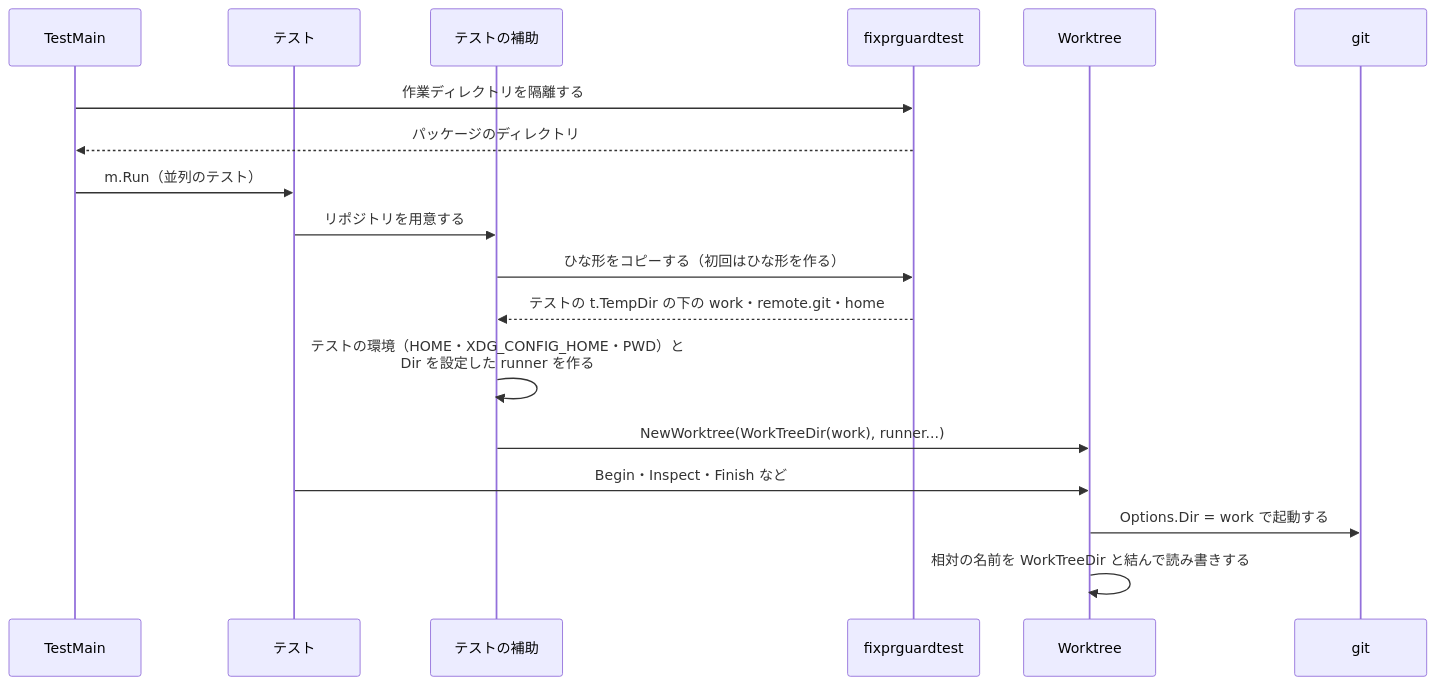
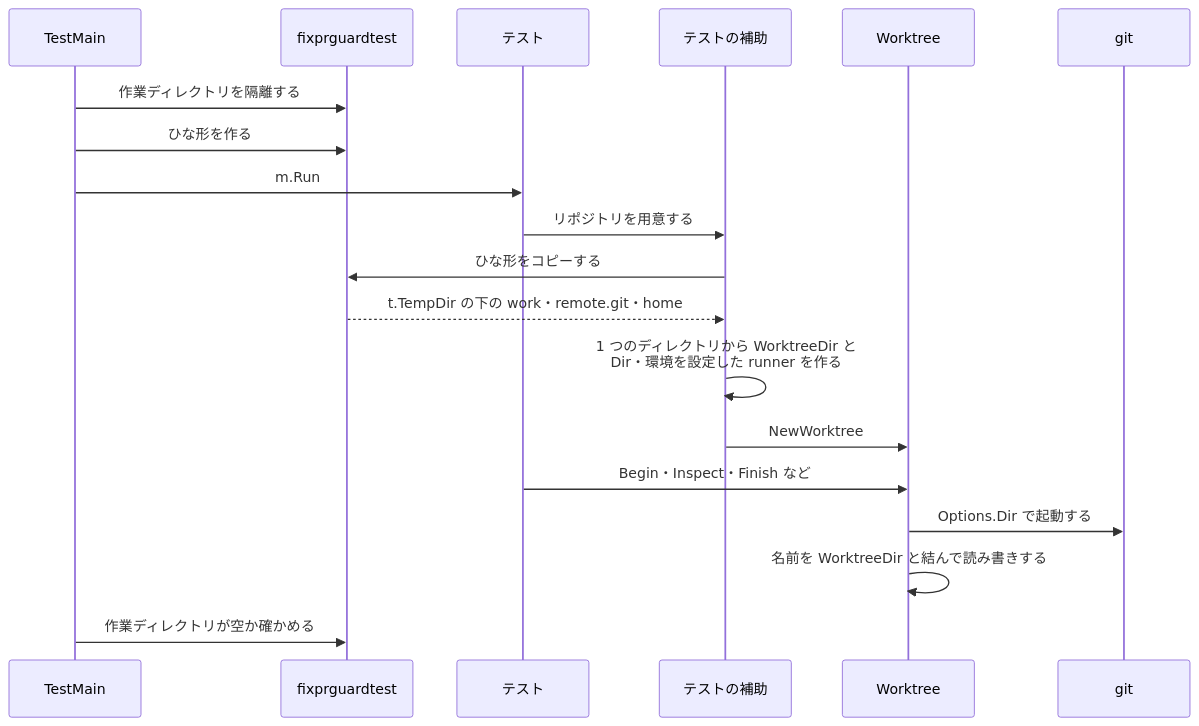
The third of 5 diagrams in docs/tasks/0126_fixprguard_test_speedup/02_architecture.md (isseis/yt2column), drawn with Mermaid before and after one commit. The commit also changed other lines of this file, not shown here.

First line of the commit message:
docs(0126): address the architecture review and polish the Japanese prose

````diff
--- a/docs/tasks/0126_fixprguard_test_speedup/02_architecture.md
+++ b/docs/tasks/0126_fixprguard_test_speedup/02_architecture.md
@@ -147,21 +154,22 @@
 ```mermaid
 sequenceDiagram
     participant TM as TestMain
+    participant FT as fixprguardtest
     participant T as テスト
     participant H as テストの補助
-    participant FT as fixprguardtest
     participant W as Worktree
     participant G as git
 
     TM->>FT: 作業ディレクトリを隔離する
-    FT-->>TM: パッケージのディレクトリ
-    TM->>T: m.Run（並列のテスト）
+    TM->>FT: ひな形を作る
+    TM->>T: m.Run
     T->>H: リポジトリを用意する
-    H->>FT: ひな形をコピーする（初回はひな形を作る）
-    FT-->>H: テストの t.TempDir の下の work・remote.git・home
-    H->>H: テストの環境（HOME・XDG_CONFIG_HOME・PWD）と<br>Dir を設定した runner を作る
-    H->>W: NewWorktree(WorkTreeDir(work), runner...)
+    H->>FT: ひな形をコピーする
+    FT-->>H: t.TempDir の下の work・remote.git・home
+    H->>H: 1 つのディレクトリから WorktreeDir と<br>Dir・環境を設定した runner を作る
+    H->>W: NewWorktree
     T->>W: Begin・Inspect・Finish など
-    W->>G: Options.Dir = work で起動する
-    W->>W: 相対の名前を WorkTreeDir と結んで読み書きする
+    W->>G: Options.Dir で起動する
+    W->>W: 名前を WorktreeDir と結んで読み書きする
+    TM->>FT: 作業ディレクトリが空か確かめる
 ```
````
